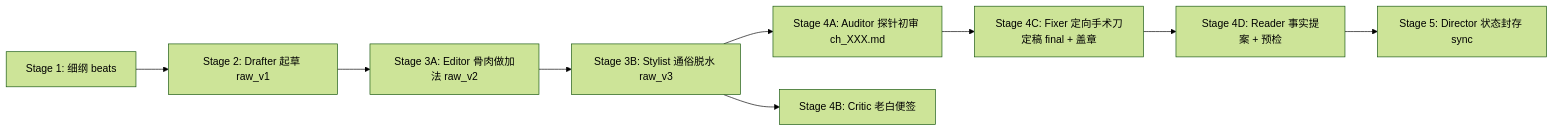
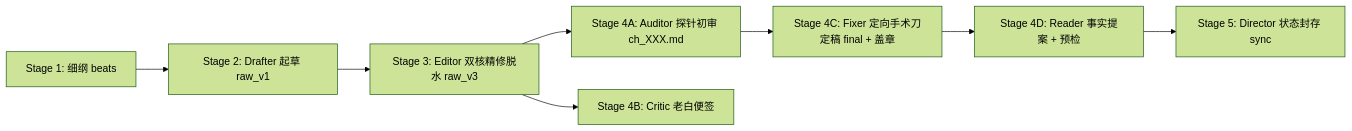
The second of 2 diagrams in .agents/skills/director/SKILL.md (cg110902/NOVEL), drawn with Mermaid (forest theme) before and after one commit. The commit also changed other lines of this file and 20 other files, not shown here.

````diff
--- a/.agents/skills/director/SKILL.md
+++ b/.agents/skills/director/SKILL.md
@@ -170,11 +181,10 @@
 ```mermaid
 graph LR
     S1[Stage 1: 细纲 beats] --> S2[Stage 2: Drafter 起草 raw_v1]
-    S2 --> S3A[Stage 3A: Editor 骨肉做加法 raw_v2]
-    S3A --> S3B[Stage 3B: Stylist 通俗脱水 raw_v3]
-    S3B --> S4A[Stage 4A: Auditor 探针初审 ch_XXX.md]
-    S3B --> S4B[Stage 4B: Critic 老白便签]
+    S2 --> S3[Stage 3: Editor 双核精修脱水 raw_v3]
+    S3 --> S4A[Stage 4A: Auditor 探针初审 ch_XXX.md]
+    S3 --> S4B[Stage 4B: Critic 老白便签]
     S4A --> S4C[Stage 4C: Fixer 定向手术刀定稿 final + 盖章]
     S4C --> S4D[Stage 4D: Reader 事实提案 + 预检]
     S4D --> S5[Stage 5: Director 状态封存 sync]
 ```
````
